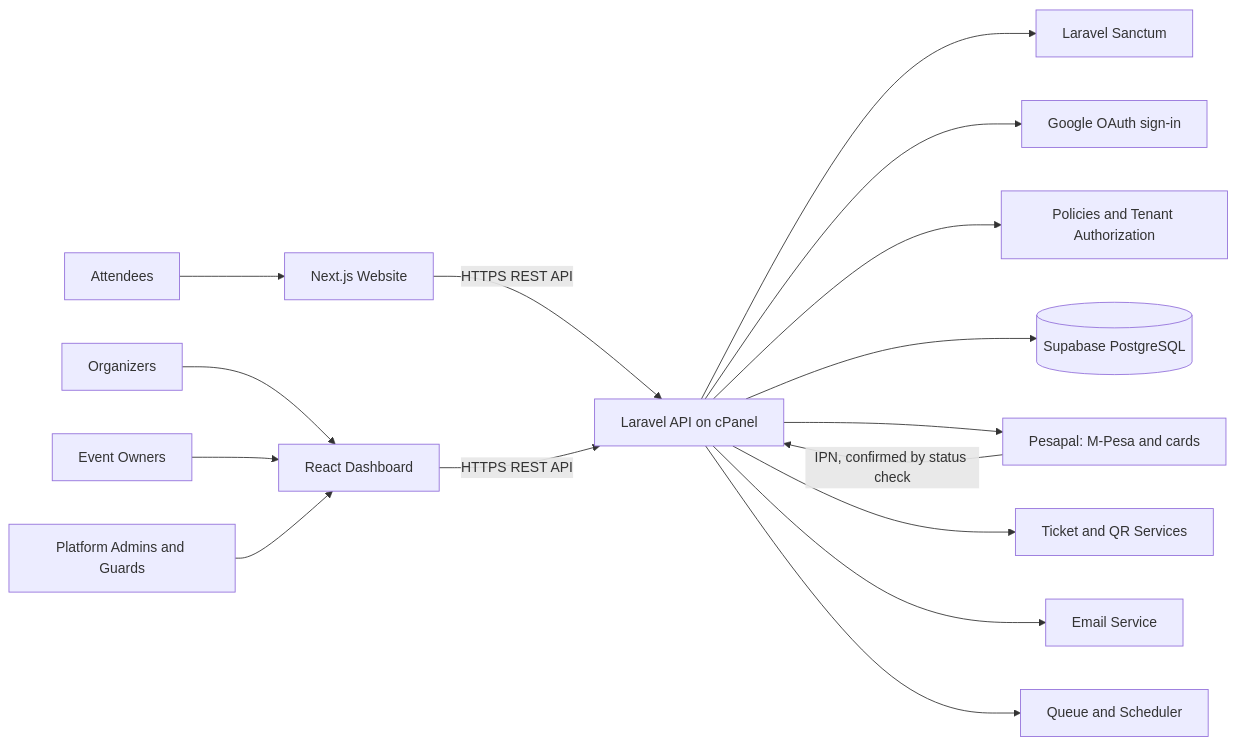
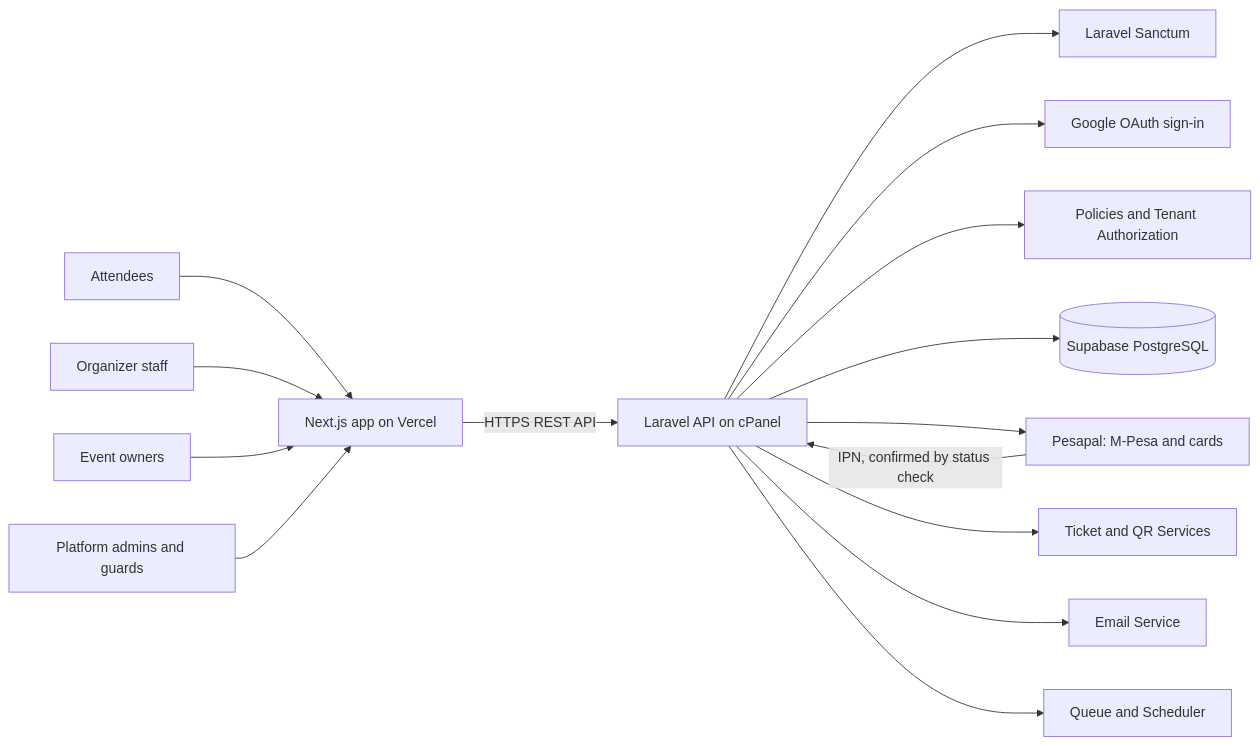
One commit to kreativesahara/ticket changed the first of 4 diagrams in techstack.md. Above: the diagram before and after it, drawn with Mermaid. The commit also changed other lines of this file and 7 other files, not shown here.

Commit message:
refactor: update architecture and prompt specs for single Next.js frontend repository structure

````diff
--- a/techstack.md
+++ b/techstack.md
@@ -36,21 +34,20 @@
 ```mermaid
 flowchart LR
-    A[Attendees] --> W[Next.js Website]
-    O[Organizers] --> D[React Dashboard]
-    EO[Event Owners] --> D
-    G[Platform Admins and Guards] --> D
+    A[Attendees] --> W[Next.js app on Vercel]
+    O[Organizer staff] --> W
+    EO[Event owners] --> W
+    G[Platform admins and guards] --> W
 
     W -- HTTPS REST API --> API[Laravel API on cPanel]
-    D -- HTTPS REST API --> API
 
     API --> S[Laravel Sanctum]
     API --> GO[Google OAuth sign-in]
     API --> P[Policies and Tenant Authorization]
     API --> DB[(Supabase PostgreSQL)]
     API --> PAY[Pesapal: M-Pesa and cards]
     API --> QR[Ticket and QR Services]
     API --> E[Email Service]
     API --> Q[Queue and Scheduler]
 
     PAY -- IPN, confirmed by status check --> API
 ```
````
